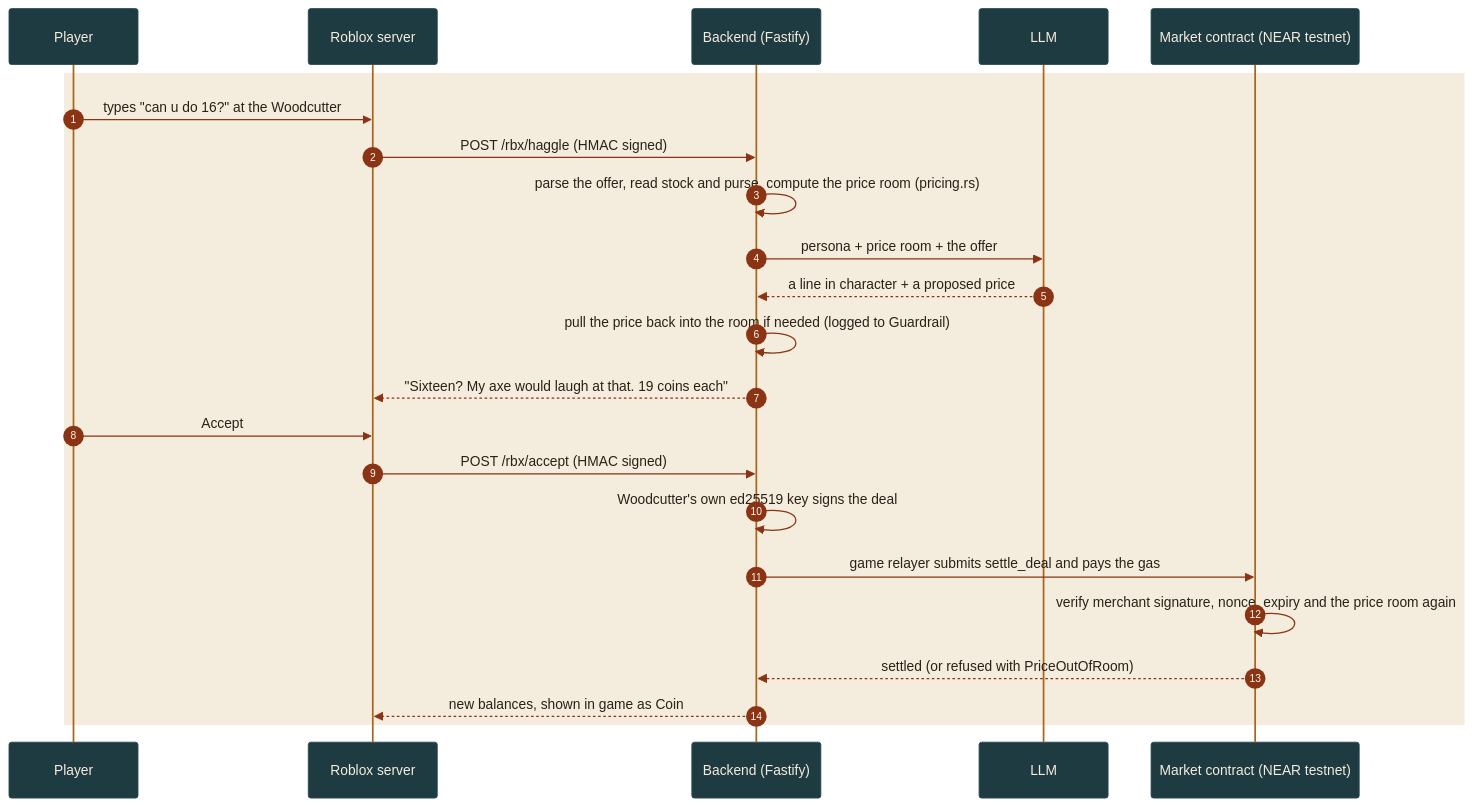
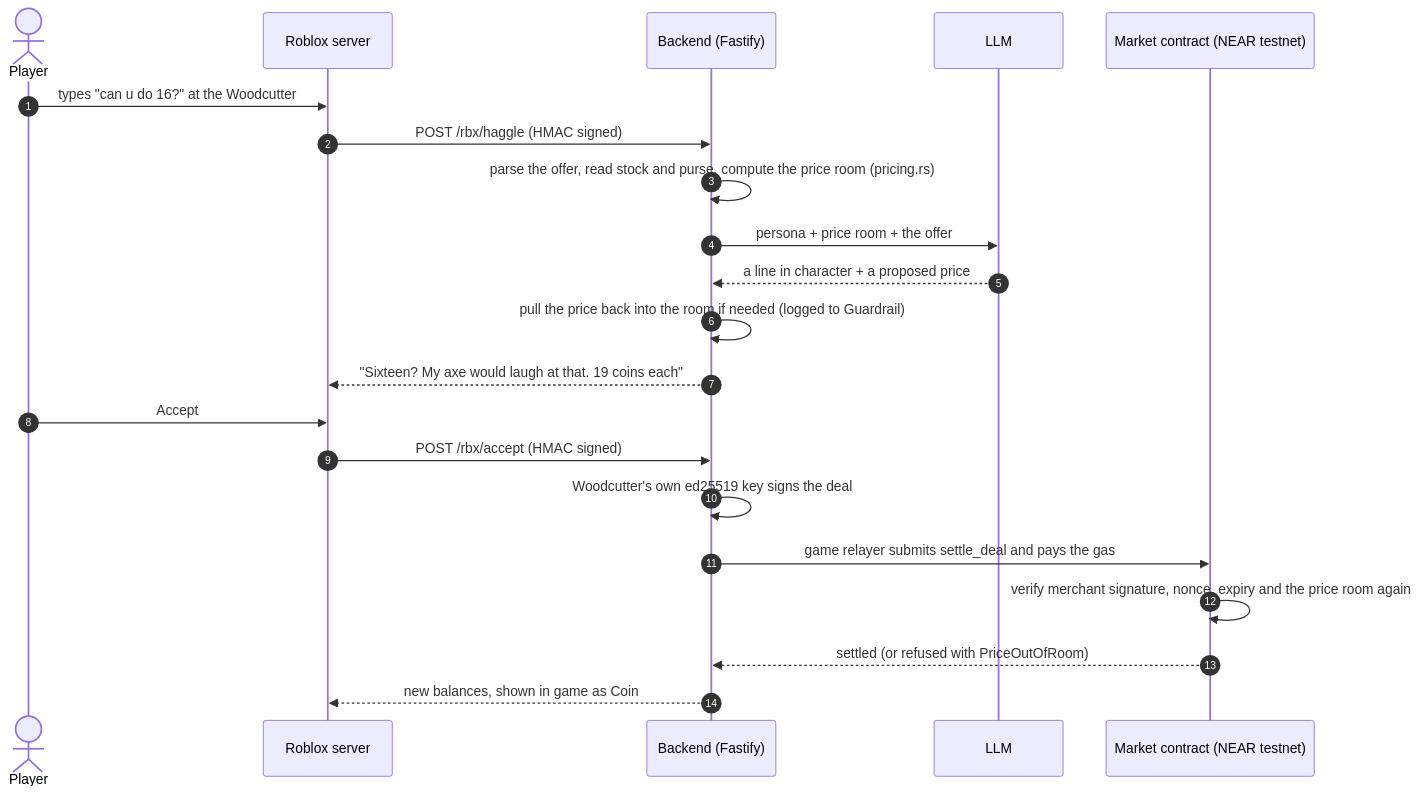
One commit to woydarko/haggle-town changed the first of 2 diagrams in README.md. Above: the diagram before and after it, drawn with Mermaid. The commit also changed other lines of this file, not shown here.

Commit message:
docs: README diagrams back to default Mermaid colors, keep the readable layout

````diff
--- a/README.md
+++ b/README.md
@@ -101,26 +101,23 @@
 ```mermaid
-%%{init: {'theme':'base','themeVariables':{'fontFamily':'Georgia, serif','actorBkg':'#1F3B42','actorBorder':'#284A52','actorTextColor':'#F4ECDD','actorLineColor':'#A8661C','signalColor':'#8A3415','signalTextColor':'#2B2118','sequenceNumberColor':'#FFF9EE','labelBoxBkgColor':'#1F3B42','labelTextColor':'#F4ECDD'}}}%%
 sequenceDiagram
     autonumber
-    participant P as Player
+    actor P as Player
     participant G as Roblox server
     participant B as Backend (Fastify)
     participant L as LLM
     participant C as Market contract (NEAR testnet)
-    rect rgb(244, 236, 221)
     P->>G: types "can u do 16?" at the Woodcutter
     G->>B: POST /rbx/haggle (HMAC signed)
     B->>B: parse the offer, read stock and purse, compute the price room (pricing.rs)
     B->>L: persona + price room + the offer
     L-->>B: a line in character + a proposed price
     B->>B: pull the price back into the room if needed (logged to Guardrail)
     B-->>G: "Sixteen? My axe would laugh at that. 19 coins each"
     P->>G: Accept
     G->>B: POST /rbx/accept (HMAC signed)
     B->>B: Woodcutter's own ed25519 key signs the deal
     B->>C: game relayer submits settle_deal and pays the gas
     C->>C: verify merchant signature, nonce, expiry and the price room again
     C-->>B: settled (or refused with PriceOutOfRoom)
     B-->>G: new balances, shown in game as Coin
-    end
 ```
````
